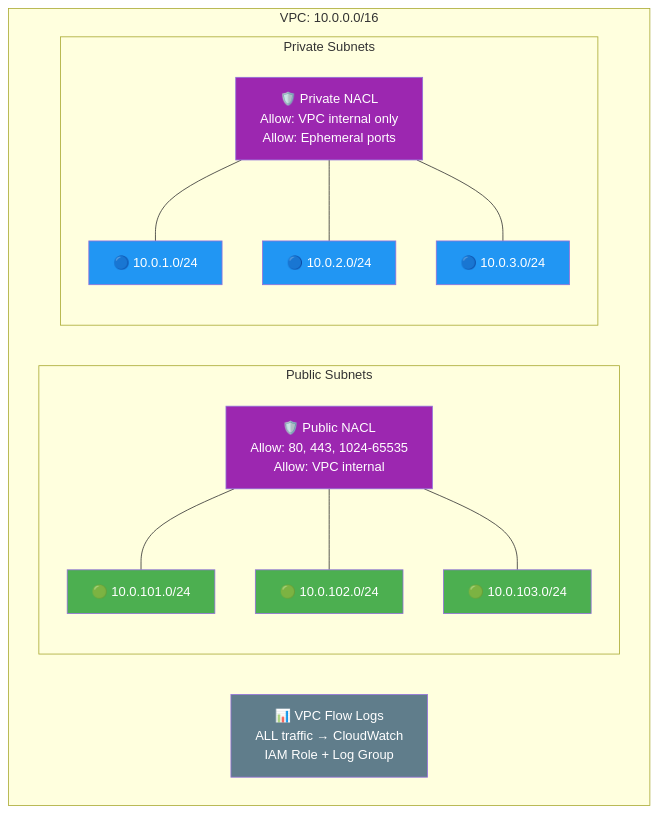
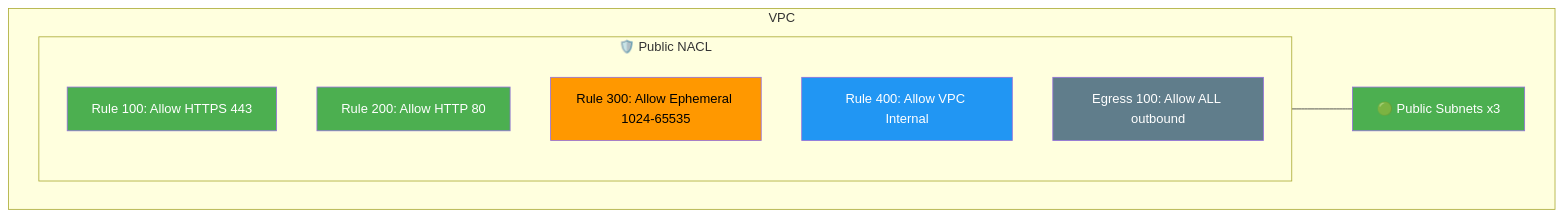
One commit to selvakumarperumal/EKS_k8s_custom_template_with_Terraform changed the sixth of 20 diagrams in docs/architecture-build-steps.md. Above: the diagram before and after it, drawn with Mermaid. The commit also changed other lines of this file, not shown here.

Commit message:
docs: rewrite build steps with 30 elaborated steps including HCL code and architecture diagrams

````diff
--- a/docs/architecture-build-steps.md
+++ b/docs/architecture-build-steps.md
@@ -121,38 +307,23 @@
 ```mermaid
 graph TB
-    subgraph VPC["VPC: 10.0.0.0/16"]
-
-        subgraph Public_Layer["Public Subnets"]
-            PUB_NACL["🛡️ Public NACL\nAllow: 80, 443, 1024-65535\nAllow: VPC internal"]
-            PUB1["🟢 10.0.101.0/24"]
-            PUB2["🟢 10.0.102.0/24"]
-            PUB3["🟢 10.0.103.0/24"]
+    subgraph VPC["VPC"]
+        subgraph NACL_PUB["🛡️ Public NACL"]
+            R100["Rule 100: Allow HTTPS 443"]
+            R200["Rule 200: Allow HTTP 80"]
+            R300["Rule 300: Allow Ephemeral 1024-65535"]
+            R400["Rule 400: Allow VPC Internal"]
+            E100["Egress 100: Allow ALL outbound"]
         end
 
-        subgraph Private_Layer["Private Subnets"]
-            PRIV_NACL["🛡️ Private NACL\nAllow: VPC internal only\nAllow: Ephemeral ports"]
-            PRIV1["🔵 10.0.1.0/24"]
-            PRIV2["🔵 10.0.2.0/24"]
-            PRIV3["🔵 10.0.3.0/24"]
-        end
-
-        FLOW["📊 VPC Flow Logs\nALL traffic → CloudWatch\nIAM Role + Log Group"]
+        PUB["🟢 Public Subnets x3"]
     end
 
-    PUB_NACL --- PUB1
-    PUB_NACL --- PUB2
-    PUB_NACL --- PUB3
-    PRIV_NACL --- PRIV1
-    PRIV_NACL --- PRIV2
-    PRIV_NACL --- PRIV3
+    NACL_PUB --- PUB
 
-    style PUB1 fill:#4CAF50,color:#fff
-    style PUB2 fill:#4CAF50,color:#fff
-    style PUB3 fill:#4CAF50,color:#fff
-    style PRIV1 fill:#2196F3,color:#fff
-    style PRIV2 fill:#2196F3,color:#fff
-    style PRIV3 fill:#2196F3,color:#fff
-    style PUB_NACL fill:#9C27B0,color:#fff
-    style PRIV_NACL fill:#9C27B0,color:#fff
-    style FLOW fill:#607D8B,color:#fff
+    style R100 fill:#4CAF50,color:#fff
+    style R200 fill:#4CAF50,color:#fff
+    style R300 fill:#FF9800,color:#000
+    style R400 fill:#2196F3,color:#fff
+    style E100 fill:#607D8B,color:#fff
+    style PUB fill:#4CAF50,color:#fff
 ```
````
